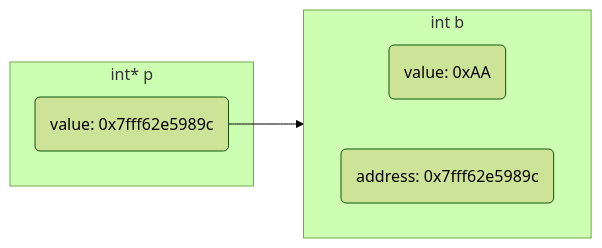
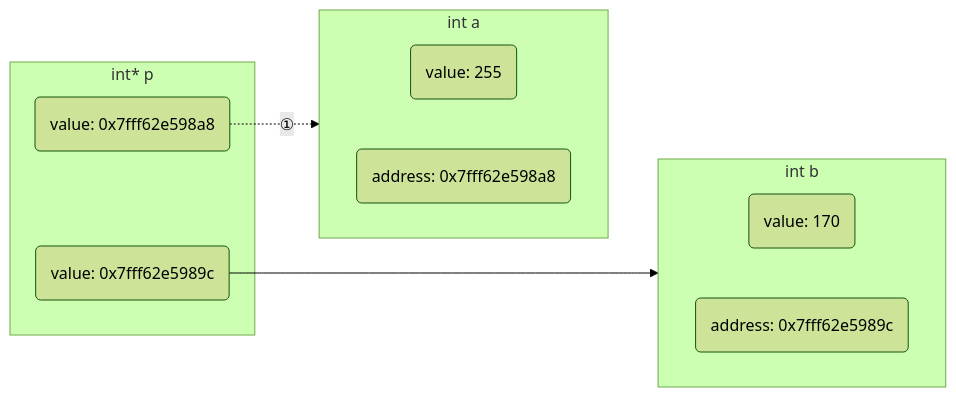
One commit to dmjcb/dmjcb.github.io changed the fifth of 10 diagrams in _posts/c_c++/pointer/2022-01-08-pointer.md. Above: the diagram before and after it, drawn with Mermaid (forest theme). The commit also changed other lines of this file and 22 other files, not shown here.

````diff
--- a/_posts/c_c++/pointer/2022-01-08-pointer.md
+++ b/_posts/c_c++/pointer/2022-01-08-pointer.md
@@ -198,12 +195,22 @@
 ```mermaid
 graph LR;
-    subgraph S3[int b]
+    subgraph S2[int b]
         direction LR
-        V3(value: 0xAA)
-        A3(address: 0x7fff62e5989c)
+        V2(value: 170)
+        A2(address: 0x7fff62e5989c)
     end
-    subgraph S2[int* p]
-        V1(value: 0x7fff62e5989c)
+
+    subgraph S1[int a]
+        direction LR
+        V1(value: 255)
+        A1(address: 0x7fff62e598a8)
     end
-    V1-->A3
+
+    subgraph S3[int* p]
+        V3(value: 0x7fff62e598a8)
+        V4(value: 0x7fff62e5989c)
+    end
+
+    V3-.①.->A1
+    V4--->A2
 ```
````
